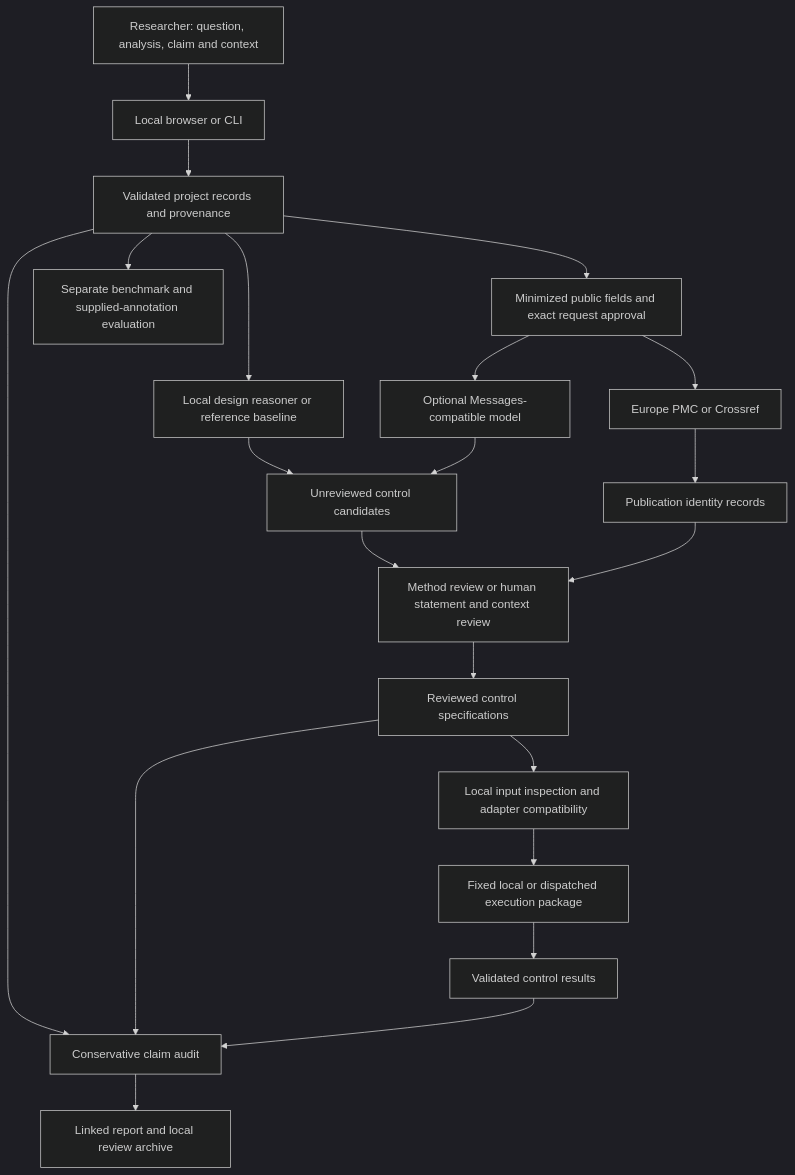
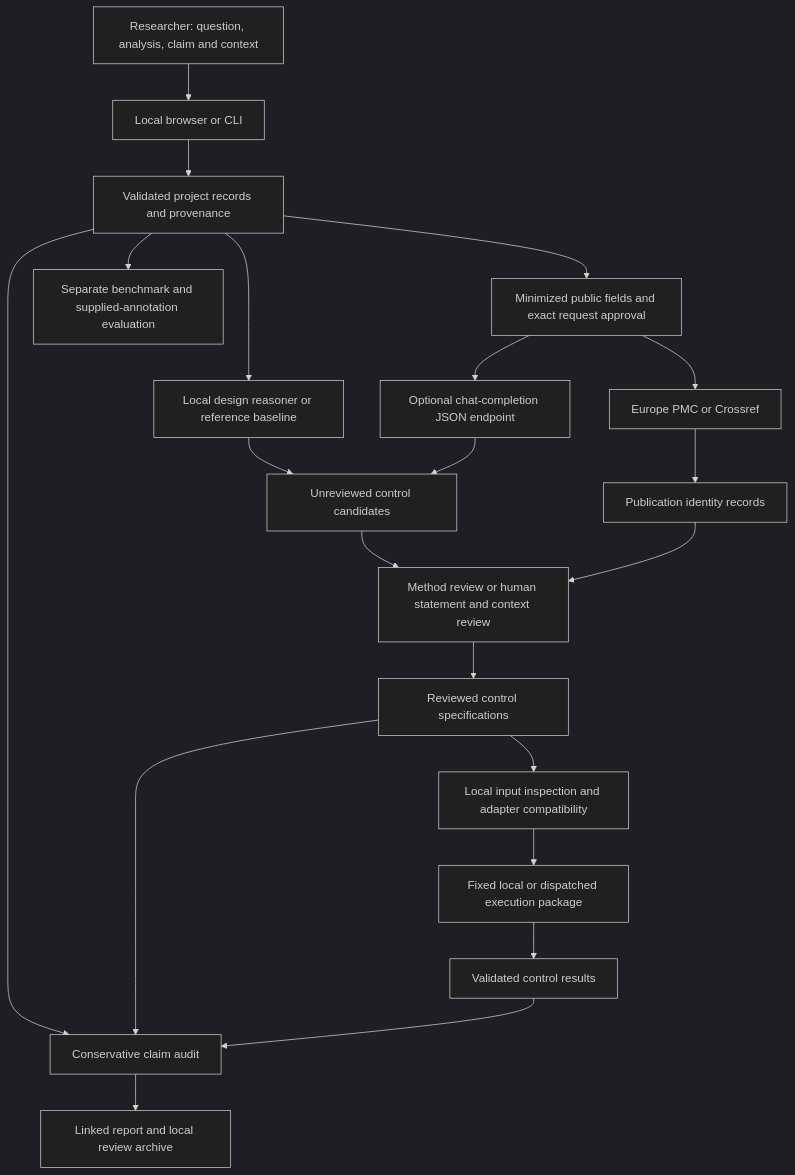
The diagram in docs/AGENT_ARCHITECTURE.md (Qasim-Hussain-Code/controlomics), drawn with Mermaid (dark theme) before and after one commit. The commit also changed other lines of this file and 90 other files, not shown here.

````diff
--- a/docs/AGENT_ARCHITECTURE.md
+++ b/docs/AGENT_ARCHITECTURE.md
@@ -7,23 +7,23 @@
 ```mermaid
 flowchart TD
     R[Researcher: question, analysis, claim and context] --> UI[Local browser or CLI]
     UI --> CORE[Validated project records and provenance]
     CORE --> THINK[Local design reasoner or reference baseline]
     THINK --> CAND[Unreviewed control candidates]
     CORE --> GATE[Minimized public fields and exact request approval]
-    GATE --> LLM[Optional Messages-compatible model]
+    GATE --> LLM[Optional chat-completion JSON endpoint]
     LLM --> CAND
     GATE --> PUB[Europe PMC or Crossref]
     PUB --> EVID[Publication identity records]
     CAND --> REVIEW[Method review or human statement and context review]
     EVID --> REVIEW
     REVIEW --> SPEC[Reviewed control specifications]
     SPEC --> CHECK[Local input inspection and adapter compatibility]
     CHECK --> EXEC[Fixed local or dispatched execution package]
     EXEC --> RESULT[Validated control results]
     CORE --> AUDIT[Conservative claim audit]
     SPEC --> AUDIT
     RESULT --> AUDIT
     AUDIT --> OUT[Linked report and local review archive]
     CORE --> BENCH[Separate benchmark and supplied-annotation evaluation]
 ```
````
